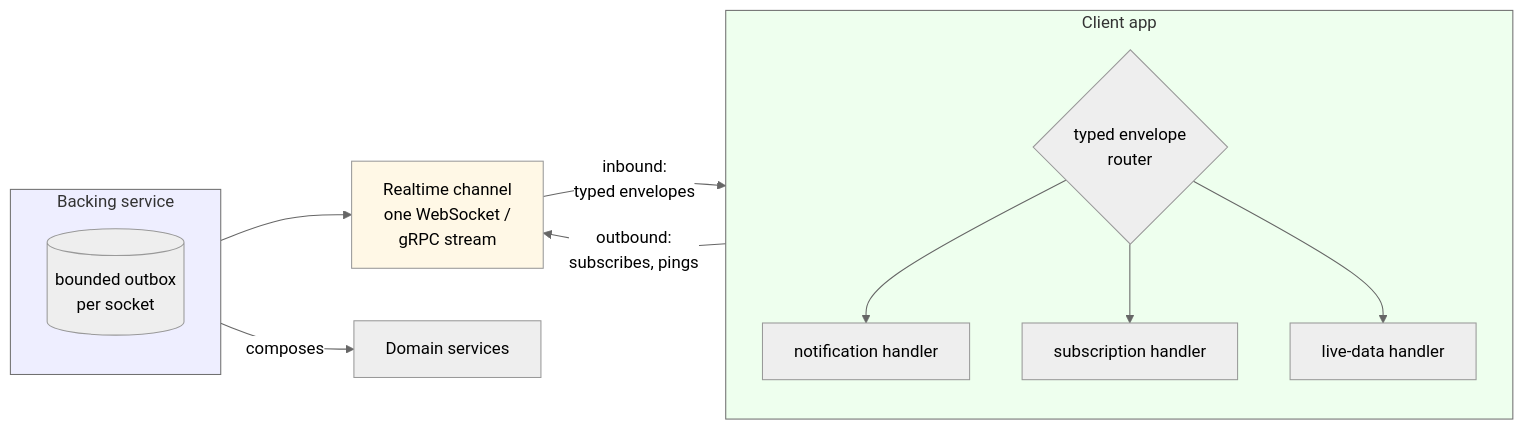
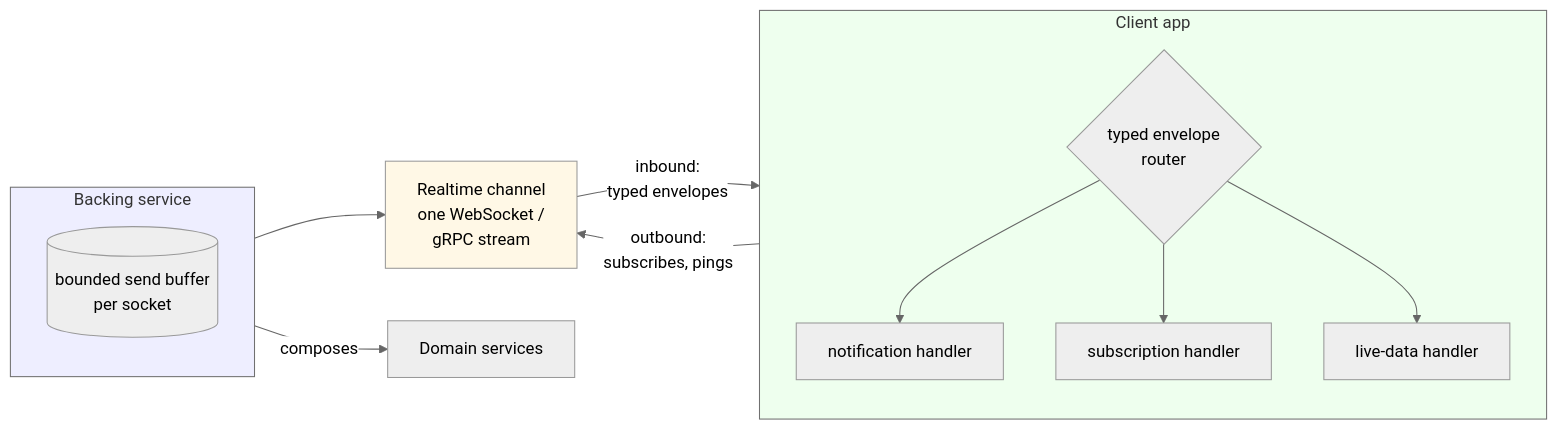
One commit to Crack525/swe_guidelines changed the seventh of 7 diagrams in architecture.md. Above: the diagram before and after it, drawn with Mermaid (neutral theme). The commit also changed other lines of this file and 22 other files, not shown here.

````diff
--- a/architecture.md
+++ b/architecture.md
@@ -2042,31 +2136,31 @@
 ``` mermaid
 flowchart LR
     subgraph ClientApp [Client app]
         direction TB
         Router{typed envelope<br/>router}
         H1[notification handler]
         H2[subscription handler]
         H3[live-data handler]
         Router --> H1
         Router --> H2
         Router --> H3
     end
 
     Channel[Realtime channel<br/>one WebSocket /<br/>gRPC stream]
 
     subgraph AppSvc [Backing service]
         direction TB
-        Outbox[(bounded outbox<br/>per socket)]
+        SendBuf[(bounded send buffer<br/>per socket)]
     end
 
     Domain[Domain services]
 
     ClientApp -->|outbound:<br/>subscribes, pings| Channel
     Channel -->|inbound:<br/>typed envelopes| ClientApp
-    Outbox --> Channel
+    SendBuf --> Channel
     AppSvc -->|composes| Domain
 
     style Channel fill:#fff8e6
     style ClientApp fill:#efe
     style AppSvc fill:#eef
 ```
````
